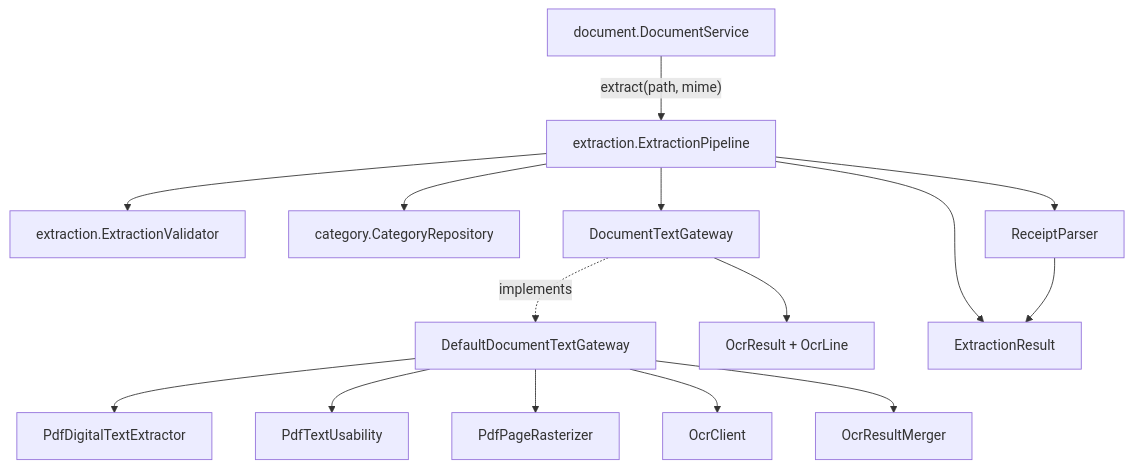
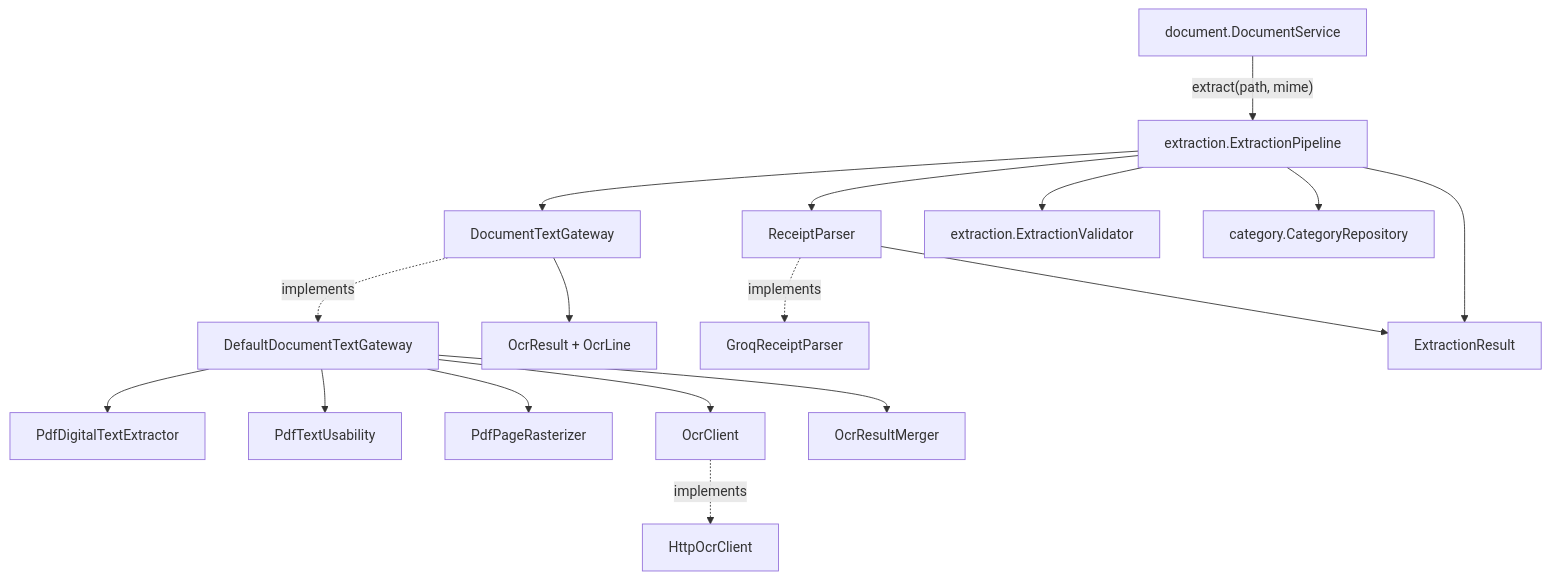
One commit to 22simeon14/finance_tracker changed the diagram in docs/diagrams/extraction-classes.mmd. Above: the diagram before and after it, drawn with Mermaid. The commit also changed 7 other files, not shown here.

First line of the commit message:
Enhance documentation and clarify application flow

```diff
--- a/docs/diagrams/extraction-classes.mmd
+++ b/docs/diagrams/extraction-classes.mmd
@@ -1,40 +1,44 @@
 %% Main Responsibility: Class collaboration for document.extraction during PROCESSING.
 %% DocumentService owns statuses/files; ExtractionPipeline is the single extract entry point.
 
 flowchart TB
   DocS[document.DocumentService]
   Pipe[extraction.ExtractionPipeline]
   Val[extraction.ExtractionValidator]
   CatR[category.CategoryRepository]
 
   DocS -->|"extract(path, mime)"| Pipe
   Pipe --> Gateway
   Pipe --> Parser
   Pipe --> Val
   Pipe --> CatR
 
   Gateway[DocumentTextGateway]
   Impl[DefaultDocumentTextGateway]
   Gateway -.->|implements| Impl
 
   PdfText[PdfDigitalTextExtractor]
   Usable[PdfTextUsability]
   Raster[PdfPageRasterizer]
   Merger[OcrResultMerger]
   Ocr[OcrClient]
+  HttpOcr[HttpOcrClient]
+  Ocr -.->|implements| HttpOcr
 
   Impl --> PdfText
   Impl --> Usable
   Impl --> Raster
   Impl --> Ocr
   Impl --> Merger
 
   Parser[ReceiptParser]
+  Groq[GroqReceiptParser]
+  Parser -.->|implements| Groq
   %% GroqReceiptParser is the production bean (Groq Cloud, OpenAI-compatible HTTP).
   %% Swap later for Ollama / another provider without touching DocumentService.
 
   OcrResult[OcrResult + OcrLine]
   ExtResult[ExtractionResult]
   Pipe --> ExtResult
   Gateway --> OcrResult
   Parser --> ExtResult
```
